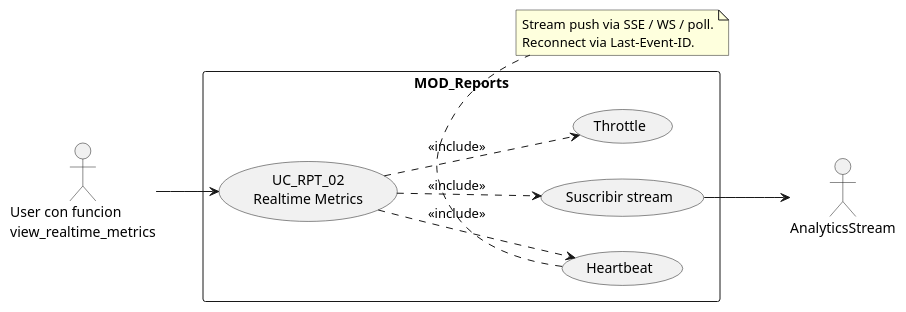
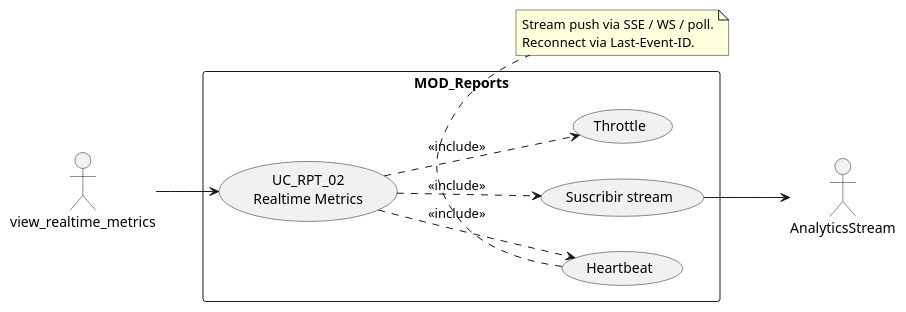
One commit to jcg-admin/IACT-docs changed the first of 4 diagrams in source/requisitos/casos-uso/reports/uc-rpt-02/diagramas-uml.rst. Above: the diagram before and after it, drawn with PlantUML. The commit also changed 77 other files, not shown here.

First line of the commit message:
Enforce RBAC function names as actors in all UML diagrams

```diff
--- a/source/requisitos/casos-uso/reports/uc-rpt-02/diagramas-uml.rst
+++ b/source/requisitos/casos-uso/reports/uc-rpt-02/diagramas-uml.rst
@@ -10,28 +10,28 @@
 .. uml::
  :caption: UC_RPT_02 — realtime
 
  @startuml
  left to right direction
 
- actor "User con funcion\nview_realtime_metrics" as USR
+ actor "view_realtime_metrics" as USR
  actor "AnalyticsStream" as AS
 
  rectangle "MOD_Reports" {
    usecase "UC_RPT_02\nRealtime Metrics" as UC02
    usecase "Suscribir stream" as SUB
    usecase "Throttle" as TH
    usecase "Heartbeat" as HB
  }
 
  USR --> UC02
  UC02 ..> SUB : <<include>>
  UC02 ..> TH : <<include>>
  UC02 ..> HB : <<include>>
  SUB --> AS
 
  note bottom
    Stream push via SSE / WS / poll.
    Reconnect via Last-Event-ID.
  end note
 
  @enduml
```
